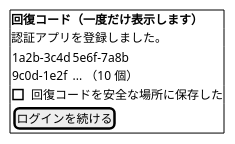
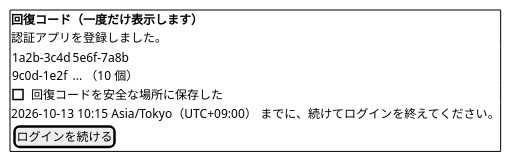
One commit to k2works/practical-domain-driven-design-in-enterpris-application changed diagram 11 of 26 in docs/design/cargo-tracker/ui_design.md. Above: the diagram before and after it, drawn with PlantUML. The commit also changed other lines of this file and 4 other files, not shown here.

````diff
--- a/docs/design/cargo-tracker/ui_design.md
+++ b/docs/design/cargo-tracker/ui_design.md
@@ -544,14 +545,15 @@
 ```plantuml
 @startsalt
 {+
   <b>回復コード（一度だけ表示します）
   認証アプリを登録しました。
   {
     1a2b-3c4d | 5e6f-7a8b
     9c0d-1e2f | ... （10 個）
   }
   [ ] 回復コードを安全な場所に保存した
+  2026-10-13 10:15 Asia/Tokyo（UTC+09:00） までに、続けてログインを終えてください。
   { [ ログインを続ける ] }
 }
 @endsalt
 ```
````
